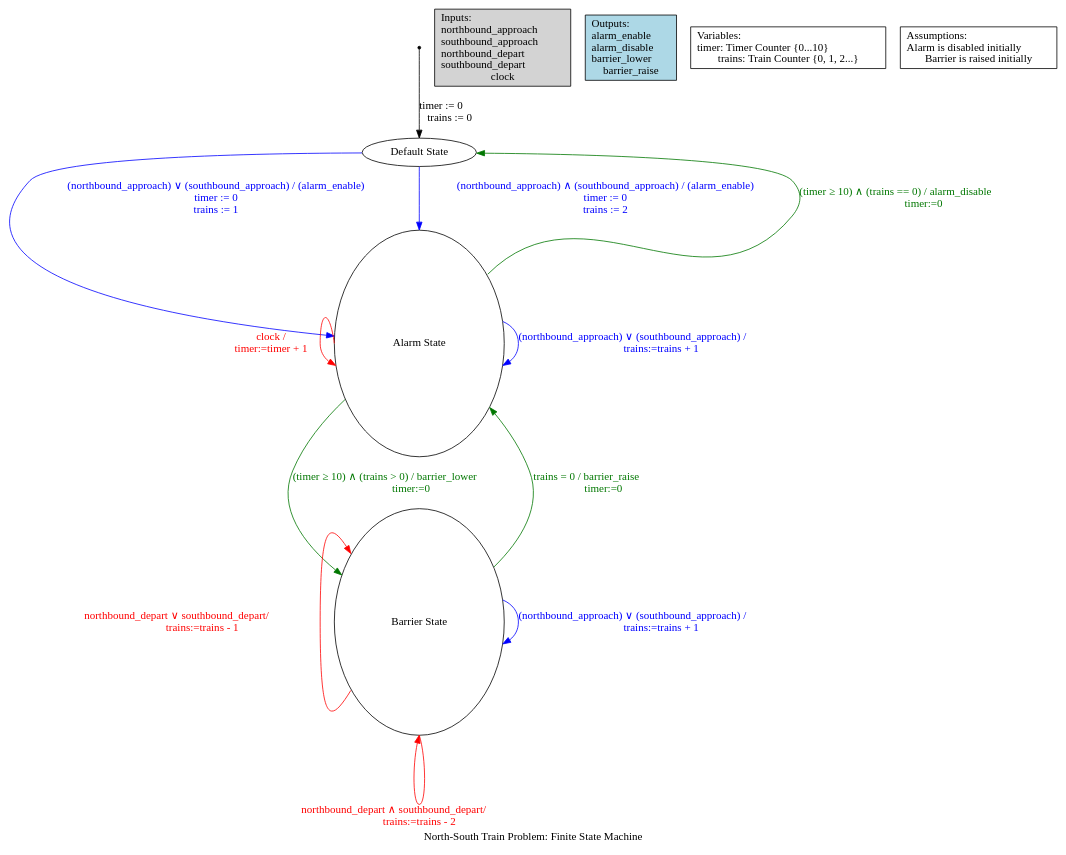
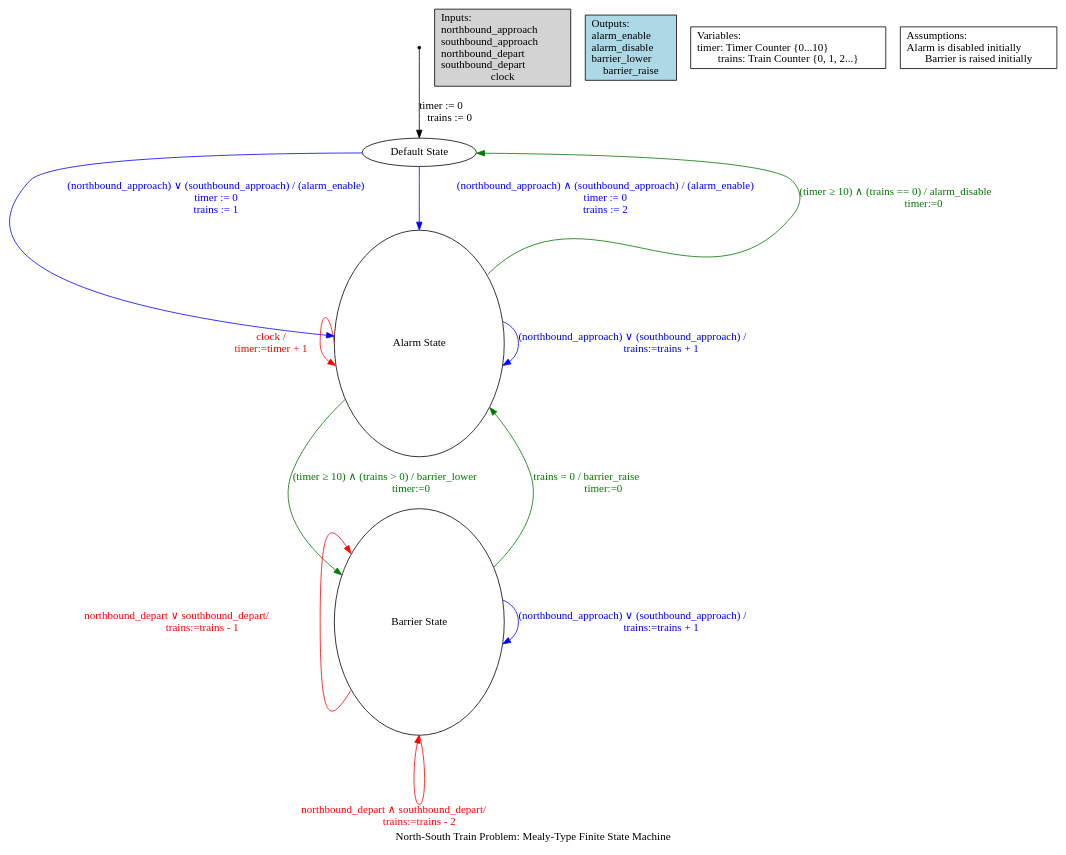
Before and after one commit to Soroosh-N/FSM_Plotter_Railway_Crossing: the diagram in final_graph.dot, drawn with Graphviz. The commit also changed 3 other files, not shown here.

Commit message:
added answer to "what type of state machine did you implement" a mealy type machine

```diff
--- a/final_graph.dot
+++ b/final_graph.dot
@@ -1,36 +1,34 @@
 // North-South Train Problem Finite State Machine
-// I rendered this with edotor.net DOT engine (graphviz)
-
 digraph {
-	graph [label="North-South Train Problem: Finite State Machine"]
+	graph [label="North-South Train Problem: Mealy-Type Finite State Machine"]
 
 	Start [pos="0,0!" shape=point]
 	"Default State" #[pos="3,0!" shape=circle]
 	"Alarm State" [height=4, width=3] #[pos="9,0!" shape=circle]
 	"Barrier State" [height=4 width=3] #[pos="12,-4!" shape=circle]
 
 	Start -> "Default State" [label="timer := 0\ltrains := 0" color="#000000" fontcolor="#000000"]
 	
 	"Default State" -> "Alarm State" [label="(northbound_approach) ∨ (southbound_approach) / (alarm_enable)\ntimer := 0\ntrains := 1"  color="#0000FF" fontcolor="#0000FF"];
 	"Default State" -> "Alarm State" [label="(northbound_approach) ∧ (southbound_approach) / (alarm_enable)\ntimer := 0\ntrains := 2" color="#0000FF" fontcolor="#0000FF"];
 
 
 	"Alarm State" -> "Alarm State" [label="clock /\ntimer:=timer + 1" color="#ff0000" fontcolor="#ff0000" tailport=w]
 	"Alarm State" -> "Alarm State" [label="(northbound_approach) ∨ (southbound_approach) /\ltrains:=trains + 1" color="#0000ff" fontcolor="#0000ff"]
 
 	"Alarm State" -> "Barrier State" [label="(timer ≥ 10) ∧ (trains > 0) / barrier_lower\ltimer:=0" color="#007700" fontcolor="#007700"]
 
 	"Alarm State" -> "Default State" [label="(timer ≥ 10) ∧ (trains == 0) / alarm_disable\ltimer:=0" tailport=ne color="#007700" fontcolor="#007700"]
 
 
 	"Barrier State" -> "Barrier State" [label="northbound_depart ∨ southbound_depart/\ltrains:=trains - 1" color="#ff0000" fontcolor="#ff0000" headport=nw tailport=sw];
 	"Barrier State" -> "Barrier State" [label="northbound_depart ∧ southbound_depart/\ltrains:=trains - 2" color="#ff0000" fontcolor="#ff0000" headport=s tailport=s];
 	"Barrier State" -> "Barrier State" [label="(northbound_approach) ∨ (southbound_approach) /\ltrains:=trains + 1" color="#0000FF" fontcolor="#0000FF"]
 	"Barrier State" -> "Alarm State" [label="trains = 0 / barrier_raise\ltimer:=0"  color="#007700" fontcolor="#007700"]
 
 
 	Inputs [label="Inputs:\lnorthbound_approach\lsouthbound_approach\lnorthbound_depart\lsouthbound_depart\lclock" fillcolor=lightgray pos="-5,3!" shape=box style=filled]
 	Outputs [label="Outputs:\lalarm_enable\lalarm_disable\lbarrier_lower\lbarrier_raise" fillcolor=lightblue pos="-5,0!" shape=box style=filled]
 	Variables [label="Variables:\ltimer: Timer Counter {0...10}\ltrains: Train Counter {0, 1, 2...}" fillcolor=lightgreen pos="-5,-3!" shape=box]
 	Assumptions [label="Assumptions:\lAlarm is disabled initially\lBarrier is raised initially" shape=box]
 }
```
